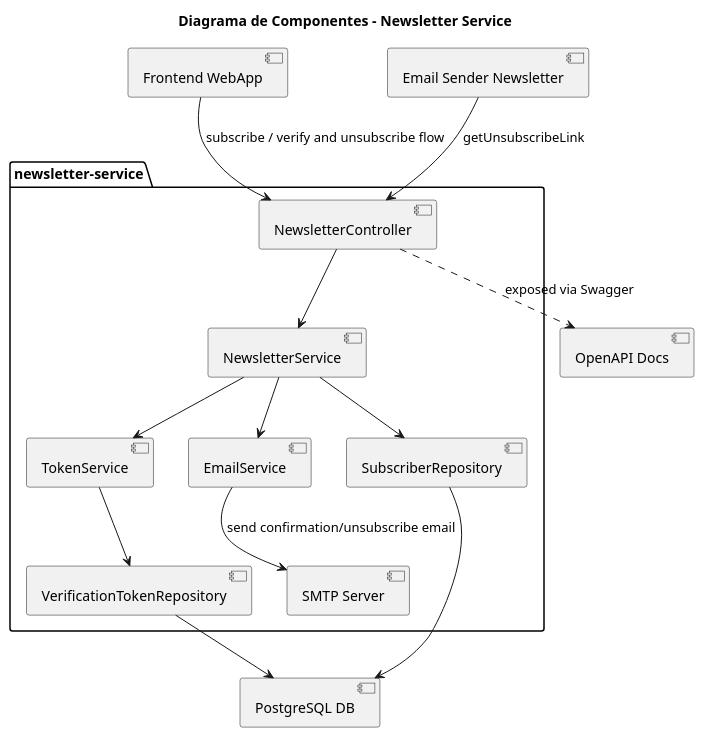
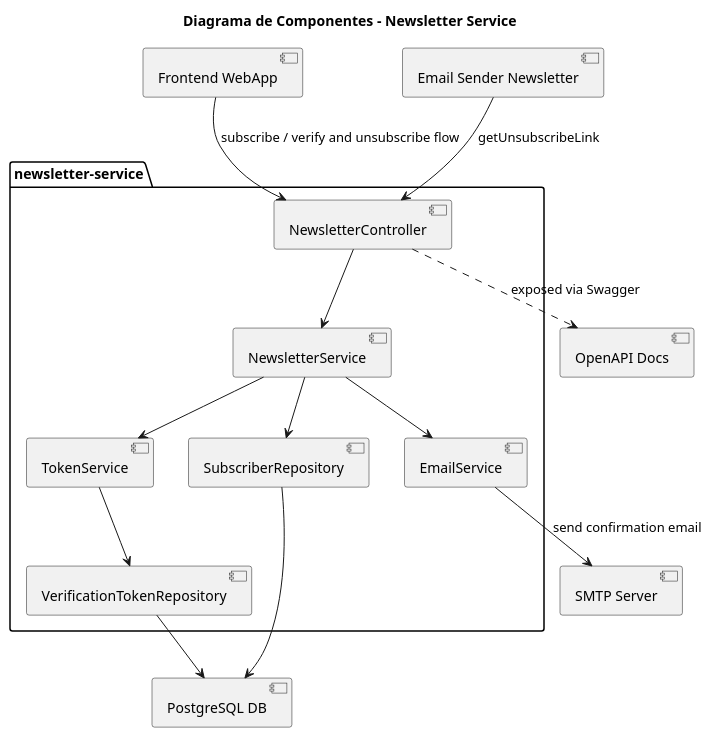
One commit to raullopezpenalva/Newsletter-Service changed the diagram in plantUML/components_diagram.puml. Above: the diagram before and after it, drawn with PlantUML. The commit also changed 1 other file, not shown here.

Commit message:
Update component diagram for newsletter service to clarify EmailService interactions

```diff
--- a/plantUML/components_diagram.puml
+++ b/plantUML/components_diagram.puml
@@ -1,26 +1,26 @@
 @startuml component_diagram_newsletter_service
 
 title Diagrama de Componentes - Newsletter Service
 
 package "newsletter-service" {
   
   [NewsletterController] --> [NewsletterService]
 
   [NewsletterService] --> [TokenService]
+  [NewsletterService] --> [SubscriberRepository]
   [NewsletterService] --> [EmailService]
-  [NewsletterService] --> [SubscriberRepository]
   
   [TokenService] --> [VerificationTokenRepository]
 
-  [EmailService] --> [SMTP Server] : send confirmation/unsubscribe email
 }
 
 [Frontend WebApp] --> [NewsletterController] : subscribe / verify and unsubscribe flow
 
 [Email Sender Newsletter] --> [NewsletterController] : getUnsubscribeLink
 
 [NewsletterController] ..> [OpenAPI Docs] : exposed via Swagger
 [SubscriberRepository] --> [PostgreSQL DB]
 [VerificationTokenRepository] --> [PostgreSQL DB]
+[EmailService] --> [SMTP Server] : send confirmation email
 
 @enduml
```
